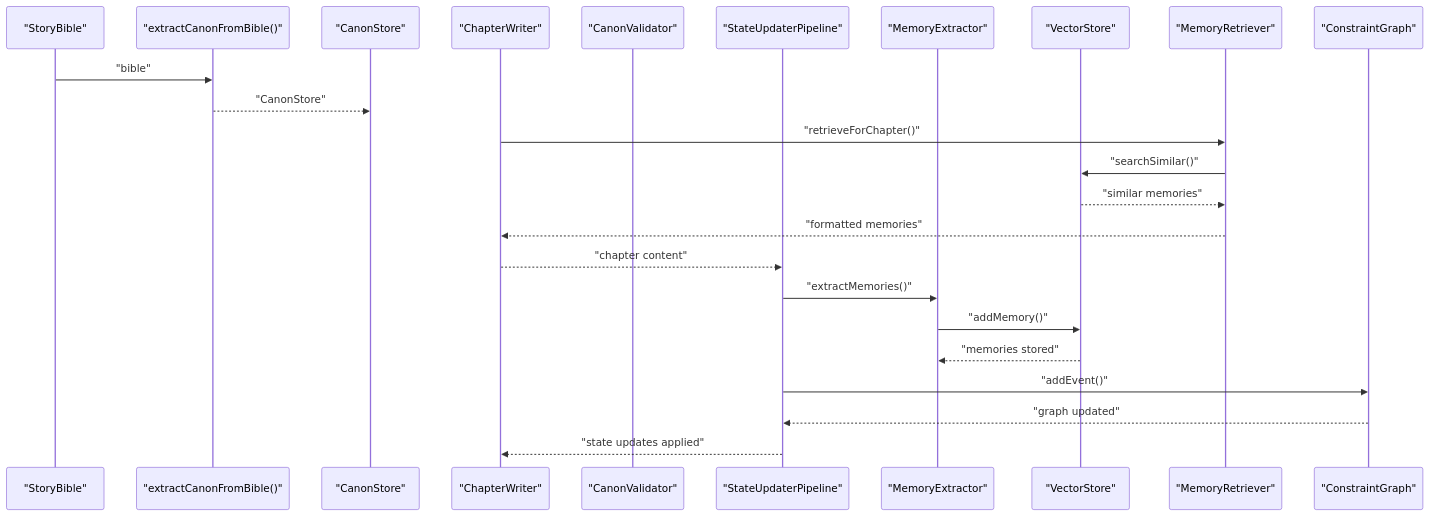
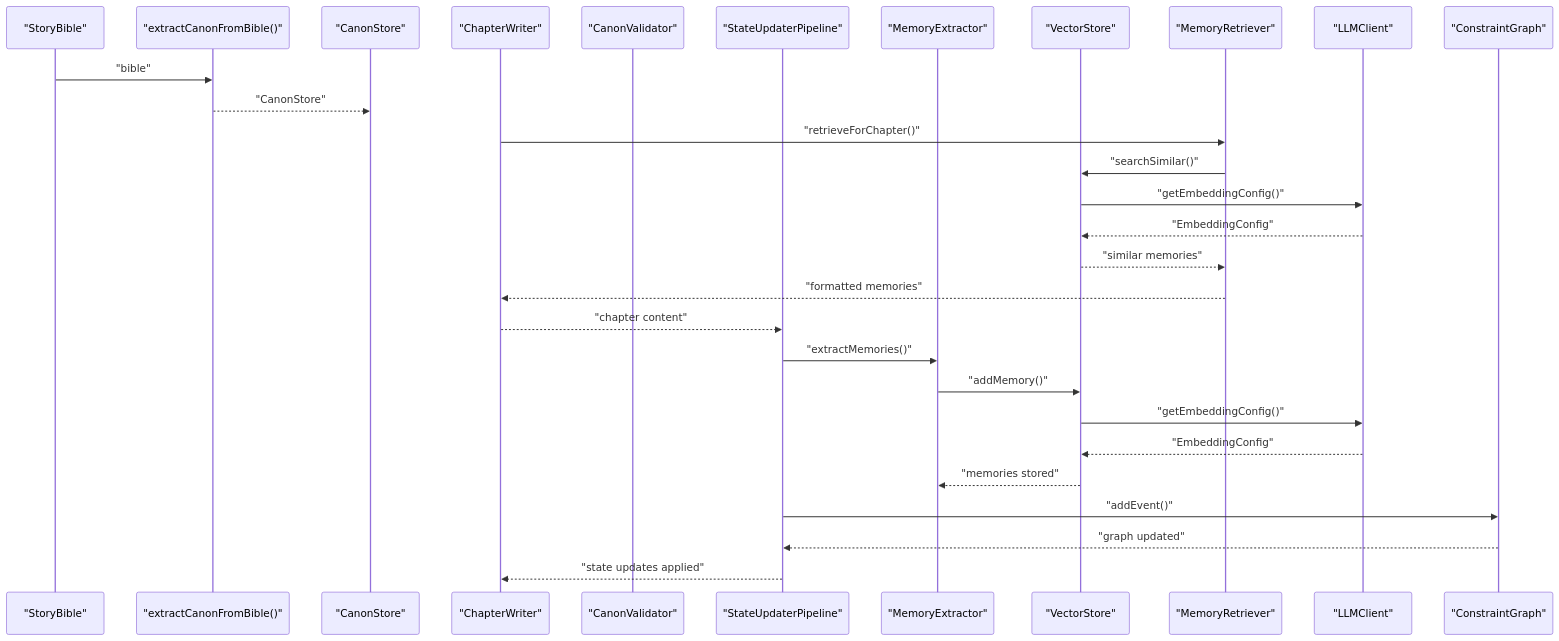
Diagram 11 of 14 in .qoder/repowiki/en/content/Memory Management System/Memory Management System.md (liwonder/NARRITIVE_OS), drawn with Mermaid before and after one commit. The commit also changed other lines of this file and 12 other files, not shown here.

````diff
--- a/.qoder/repowiki/en/content/Memory Management System/Memory Management System.md
+++ b/.qoder/repowiki/en/content/Memory Management System/Memory Management System.md
@@ -500,26 +551,31 @@
 ```mermaid
 sequenceDiagram
 participant B as "StoryBible"
 participant E as "extractCanonFromBible()"
 participant S as "CanonStore"
 participant W as "ChapterWriter"
 participant V as "CanonValidator"
 participant SU as "StateUpdaterPipeline"
 participant ME as "MemoryExtractor"
 participant VS as "VectorStore"
 participant MR as "MemoryRetriever"
+participant LC as "LLMClient"
 participant CG as "ConstraintGraph"
 B->>E : "bible"
 E-->>S : "CanonStore"
 W->>MR : "retrieveForChapter()"
 MR->>VS : "searchSimilar()"
+VS->>LC : "getEmbeddingConfig()"
+LC-->>VS : "EmbeddingConfig"
 VS-->>MR : "similar memories"
 MR-->>W : "formatted memories"
 W-->>SU : "chapter content"
 SU->>ME : "extractMemories()"
 ME->>VS : "addMemory()"
+VS->>LC : "getEmbeddingConfig()"
+LC-->>VS : "EmbeddingConfig"
 VS-->>ME : "memories stored"
 SU->>CG : "addEvent()"
 CG-->>SU : "graph updated"
 SU-->>W : "state updates applied"
 ```
````
